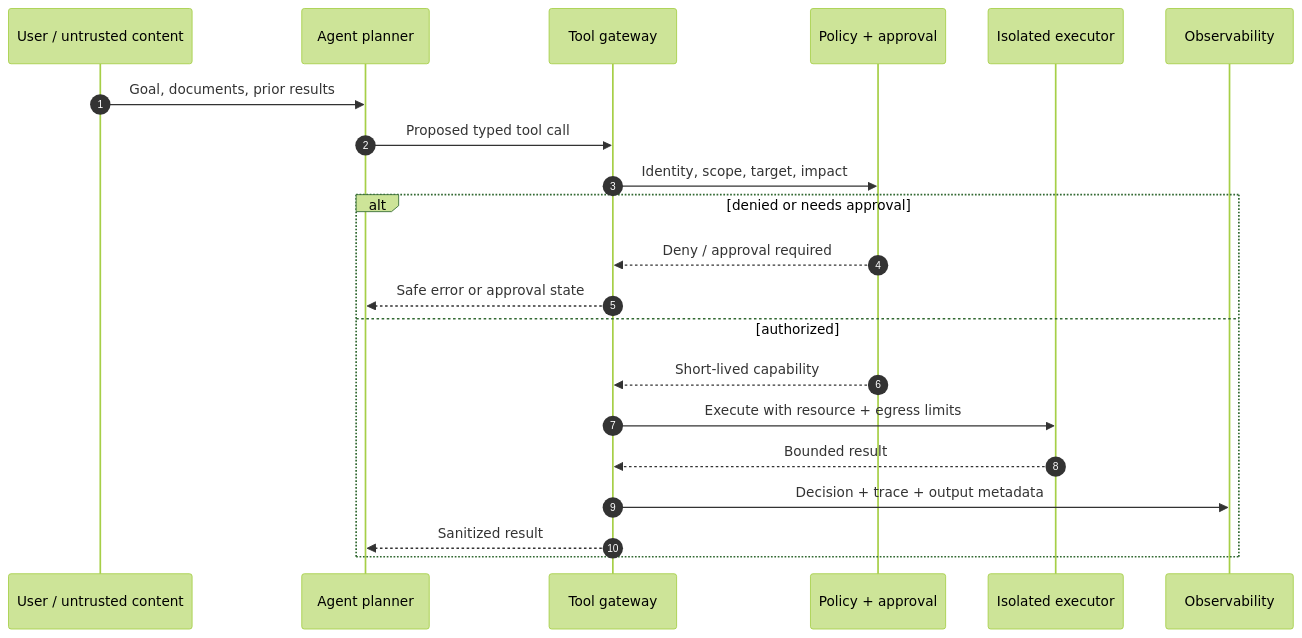
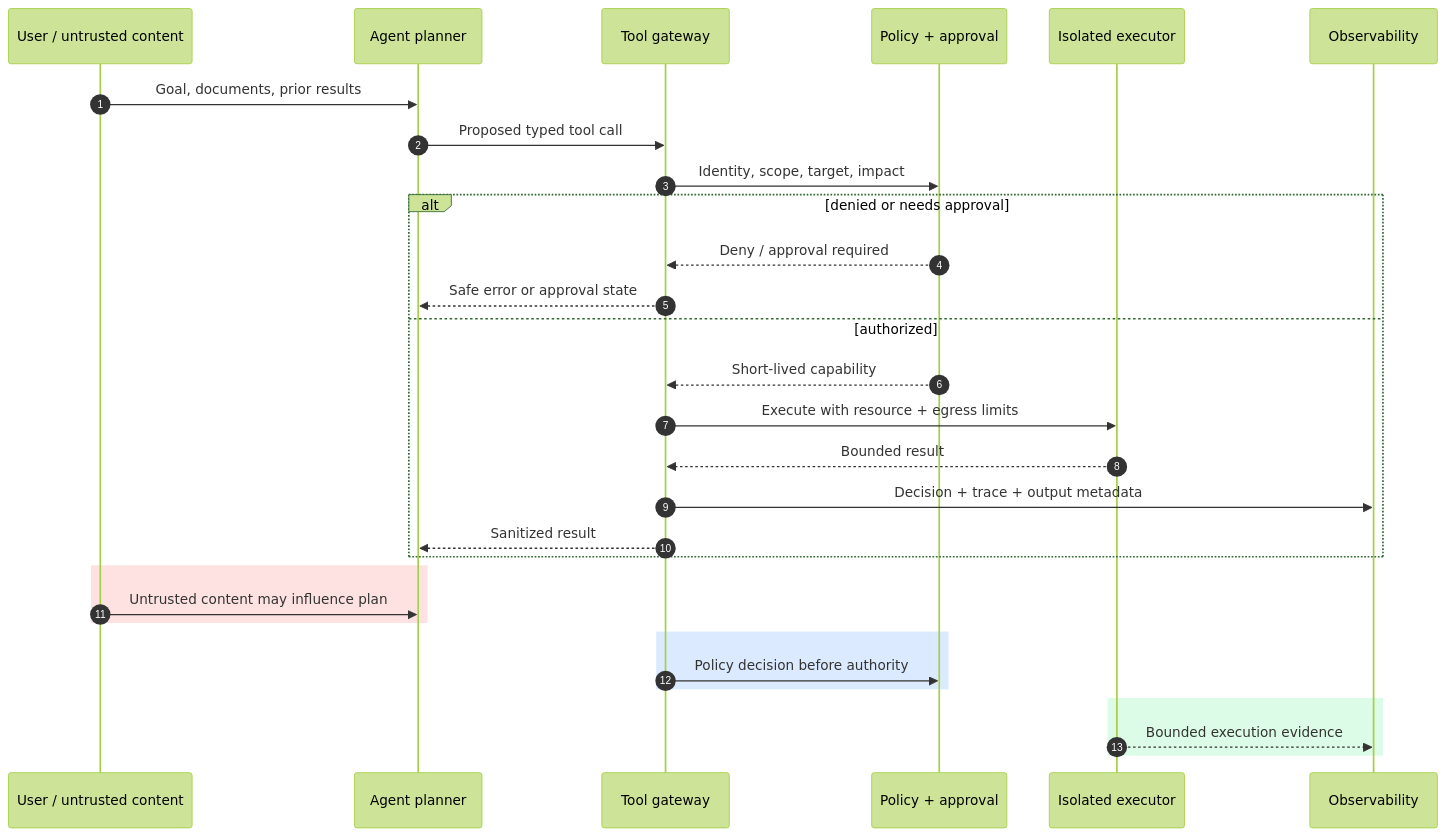
One commit to souradeepta/ai-monthly-concepts changed the second of 2 diagrams in months/2026-08/04-agent-controls.md. Above: the diagram before and after it, drawn with Mermaid (forest theme). The commit also changed other lines of this file and 3 other files, not shown here.

````diff
--- a/months/2026-08/04-agent-controls.md
+++ b/months/2026-08/04-agent-controls.md
@@ -123,23 +151,32 @@
 ```mermaid
 sequenceDiagram
   autonumber
   participant U as User / untrusted content
   participant A as Agent planner
   participant G as Tool gateway
   participant P as Policy + approval
   participant X as Isolated executor
   participant O as Observability
   U->>A: Goal, documents, prior results
   A->>G: Proposed typed tool call
   G->>P: Identity, scope, target, impact
   alt denied or needs approval
     P-->>G: Deny / approval required
     G-->>A: Safe error or approval state
   else authorized
     P-->>G: Short-lived capability
     G->>X: Execute with resource + egress limits
     X-->>G: Bounded result
     G->>O: Decision + trace + output metadata
     G-->>A: Sanitized result
   end
+  rect rgb(254, 226, 226)
+    U->>A: Untrusted content may influence plan
+  end
+  rect rgb(219, 234, 254)
+    G->>P: Policy decision before authority
+  end
+  rect rgb(220, 252, 231)
+    X-->>O: Bounded execution evidence
+  end
 ```
````
